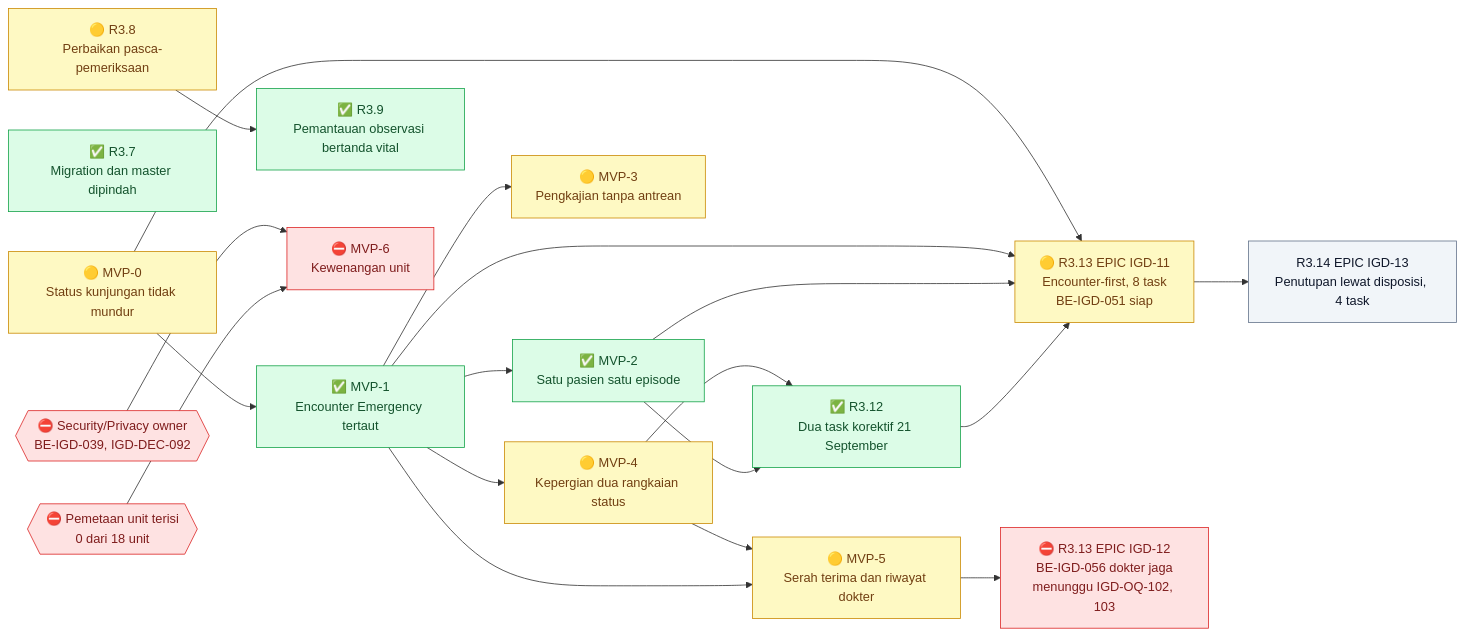
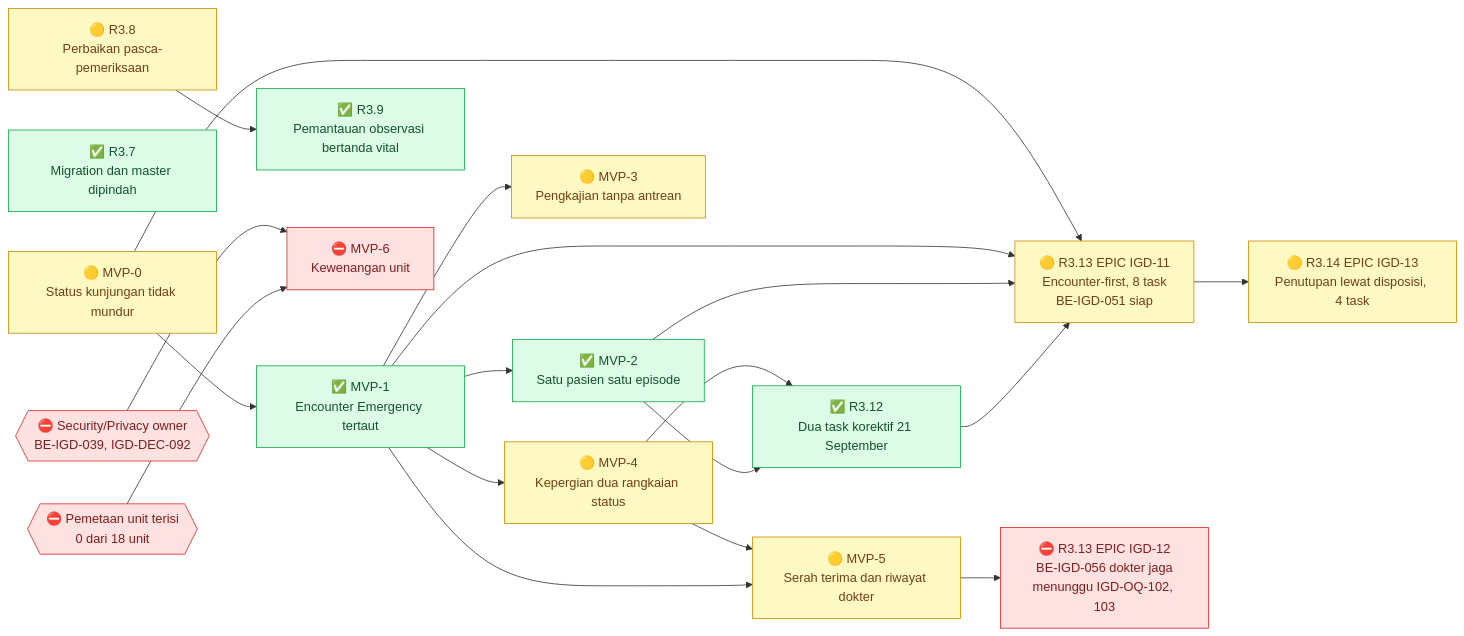
The first of 12 diagrams in docs/module-blueprints/igd/roadmap/backend-roadmap.md (DevBenari/NewQuilvianSystemBackend), drawn with Mermaid before and after one commit. The commit also changed other lines of this file and 23 other files, not shown here.

````diff
--- a/docs/module-blueprints/igd/roadmap/backend-roadmap.md
+++ b/docs/module-blueprints/igd/roadmap/backend-roadmap.md
@@ -110,43 +111,43 @@
 ```mermaid
 flowchart LR
     classDef selesai fill:#DCFCE7,stroke:#16A34A,color:#14532D
     classDef sebagian fill:#FEF9C3,stroke:#CA8A04,color:#713F12
     classDef terblokir fill:#FEE2E2,stroke:#DC2626,color:#7F1D1D
     classDef belum fill:#F1F5F9,stroke:#64748B,color:#0F172A
     classDef luar fill:#EDE9FE,stroke:#7C3AED,color:#3B0764
 
     MVP0["🟡 MVP-0<br/>Status kunjungan tidak mundur"]:::sebagian
     MVP1["✅ MVP-1<br/>Encounter Emergency tertaut"]:::selesai
     MVP2["✅ MVP-2<br/>Satu pasien satu episode"]:::selesai
     MVP3["🟡 MVP-3<br/>Pengkajian tanpa antrean"]:::sebagian
     MVP4["🟡 MVP-4<br/>Kepergian dua rangkaian status"]:::sebagian
     MVP5["🟡 MVP-5<br/>Serah terima dan riwayat dokter"]:::sebagian
     R37["✅ R3.7<br/>Migration dan master dipindah"]:::selesai
     R38["🟡 R3.8<br/>Perbaikan pasca-pemeriksaan"]:::sebagian
     R39["✅ R3.9<br/>Pemantauan observasi bertanda vital"]:::selesai
     R312["✅ R3.12<br/>Dua task korektif 21 September"]:::selesai
     R313["🟡 R3.13 EPIC IGD-11<br/>Encounter-first, 8 task<br/>BE-IGD-051 siap"]:::sebagian
     R313S7["⛔ R3.13 EPIC IGD-12<br/>BE-IGD-056 dokter jaga<br/>menunggu IGD-OQ-102, 103"]:::terblokir
-    R314["R3.14 EPIC IGD-13<br/>Penutupan lewat disposisi, 4 task"]:::belum
+    R314["🟡 R3.14 EPIC IGD-13<br/>Penutupan lewat disposisi, 4 task"]:::sebagian
     MVP6["⛔ MVP-6<br/>Kewenangan unit"]:::terblokir
     SEC{{"⛔ Security/Privacy owner<br/>BE-IGD-039, IGD-DEC-092"}}:::terblokir
     MAP{{"⛔ Pemetaan unit terisi<br/>0 dari 18 unit"}}:::terblokir
 
     MVP0 --> MVP1
     MVP1 --> MVP2
     MVP1 --> MVP3
     MVP1 --> MVP4
     MVP4 --> MVP5
     MVP1 --> MVP5
     MVP4 --> R312
     MVP2 --> R312
     MVP0 --> R313
     MVP1 --> R313
     MVP2 --> R313
     MVP5 --> R313S7
     R312 --> R313
     R313 --> R314
     SEC --> MVP6
     MAP --> MVP6
     R38 --> R39
 ```
````
